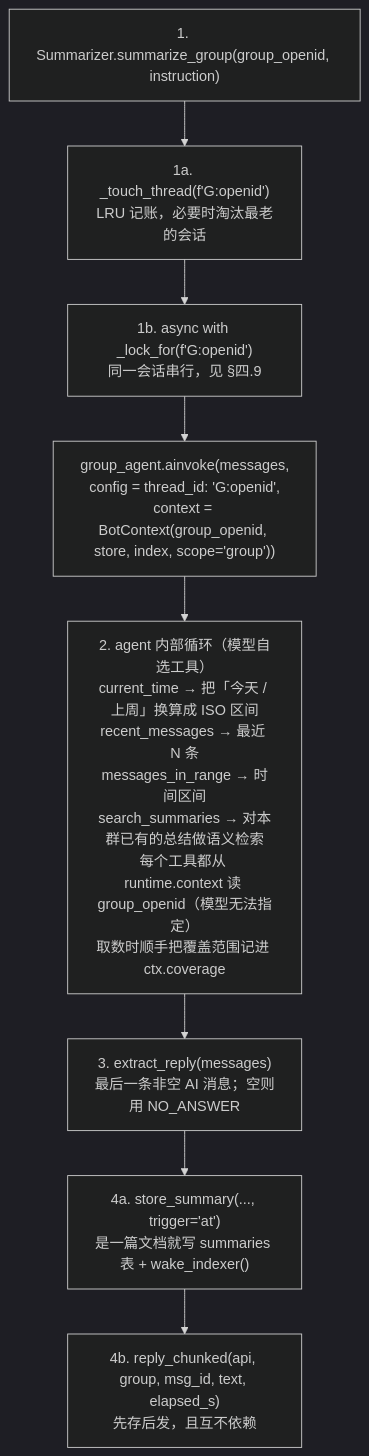
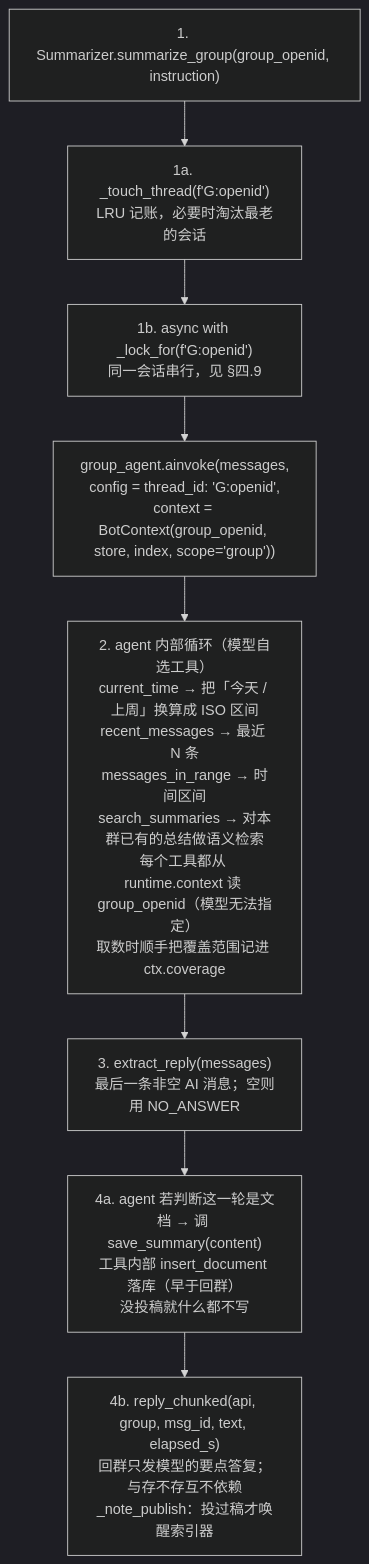
One commit to ttzc/QQ_Summarizer_bot changed the fourth of 8 diagrams in docs/ARCHITECTURE.md. Above: the diagram before and after it, drawn with Mermaid (dark theme). The commit also changed other lines of this file and 20 other files, not shown here.

````diff
--- a/docs/ARCHITECTURE.md
+++ b/docs/ARCHITECTURE.md
@@ -111,10 +111,10 @@
 ```mermaid
 flowchart TB
     A1["1. Summarizer.summarize_group(group_openid, instruction)"] --> A2["1a. _touch_thread(f'G:openid')<br/>LRU 记账，必要时淘汰最老的会话"]
     A2 --> A3["1b. async with _lock_for(f'G:openid')<br/>同一会话串行，见 §四.9"]
     A3 --> A4["group_agent.ainvoke(messages,<br/>config = thread_id: 'G:openid',<br/>context = BotContext(group_openid, store, index, scope='group'))"]
     A4 --> A5["2. agent 内部循环（模型自选工具）<br/>current_time → 把「今天 / 上周」换算成 ISO 区间<br/>recent_messages → 最近 N 条<br/>messages_in_range → 时间区间<br/>search_summaries → 对本群已有的总结做语义检索<br/>每个工具都从 runtime.context 读 group_openid（模型无法指定）<br/>取数时顺手把覆盖范围记进 ctx.coverage"]
     A5 --> A6["3. extract_reply(messages)<br/>最后一条非空 AI 消息；空则用 NO_ANSWER"]
-    A6 --> A7["4a. store_summary(..., trigger='at')<br/>是一篇文档就写 summaries 表 + wake_indexer()"]
-    A7 --> A8["4b. reply_chunked(api, group, msg_id, text, elapsed_s)<br/>先存后发，且互不依赖"]
+    A6 --> A7["4a. agent 若判断这一轮是文档 → 调 save_summary(content)<br/>工具内部 insert_document 落库（早于回群）<br/>没投稿就什么都不写"]
+    A7 --> A8["4b. reply_chunked(api, group, msg_id, text, elapsed_s)<br/>回群只发模型的要点答复；与存不存互不依赖<br/>_note_publish：投过稿才唤醒索引器"]
 ```
````
